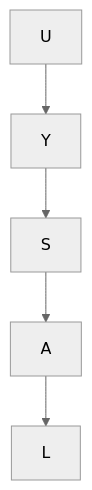
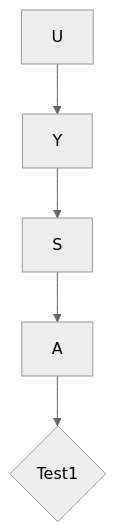
One commit to uysalserkan/uysalserkan changed the diagram in README.md. Above: the diagram before and after it, drawn with Mermaid (neutral theme).

````diff
--- a/README.md
+++ b/README.md
@@ -26,7 +26,7 @@
 ```mermaid
   graph TD;
   U-->Y
   Y-->S
   S-->A
-  A-->L
+  A-->L{Test1}
 ```
````
